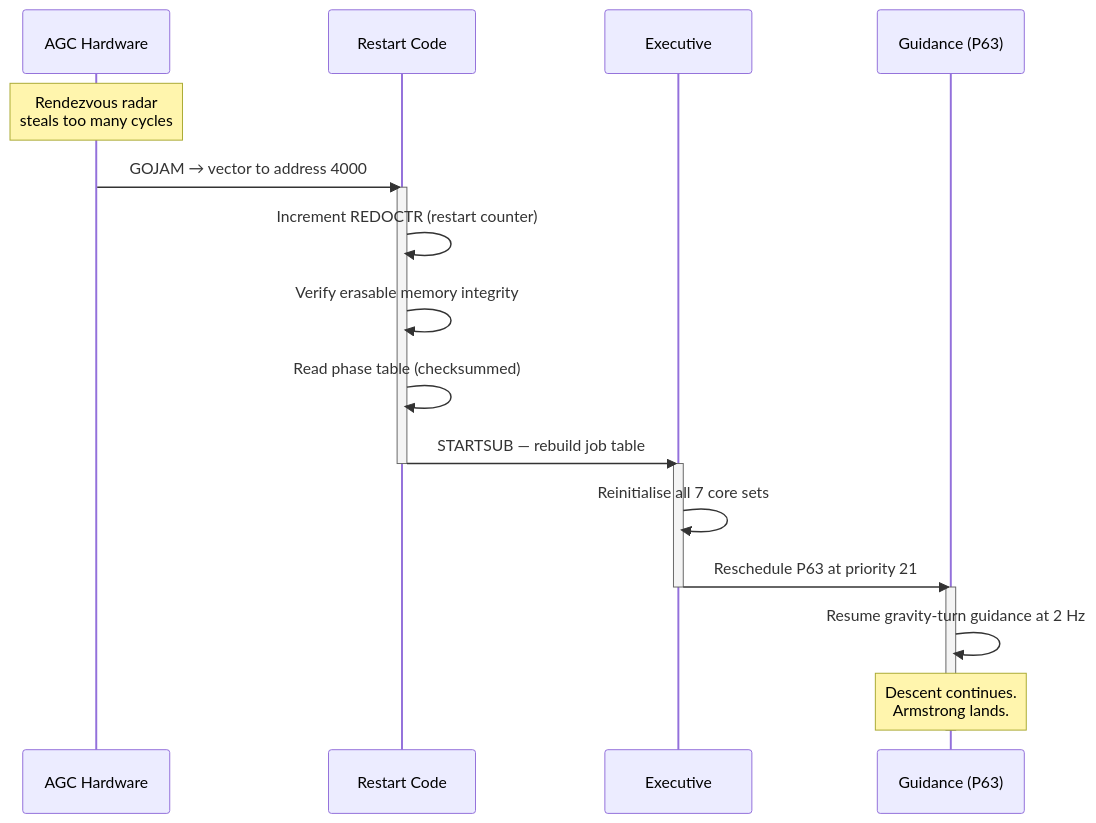
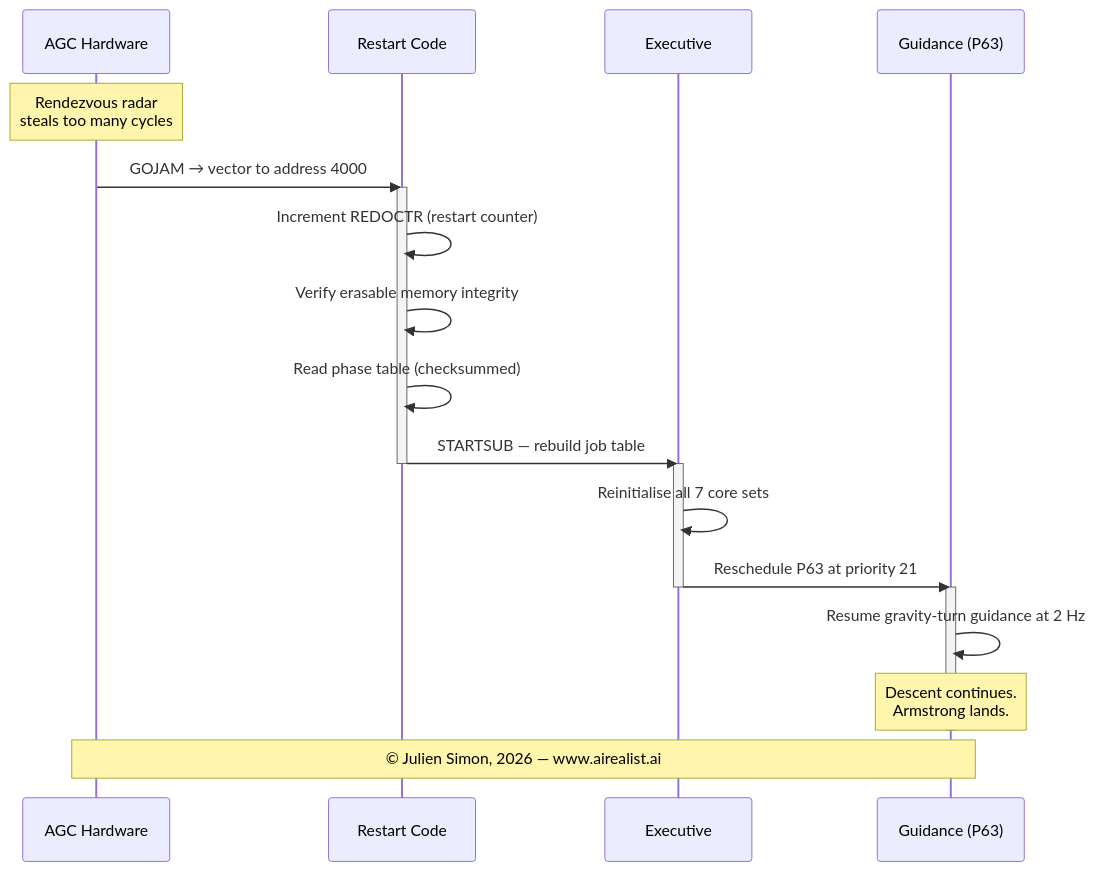
The first of 2 diagrams in blog/blog-post.md (UrsulaCurme/apollo11-ai-walkthrough), drawn with Mermaid before and after one commit. The commit also changed other lines of this file and 1 other file, not shown here.

First line of the commit message:
Embed copyright in all illustrations, replace bar chart with SVG

````diff
--- a/blog/blog-post.md
+++ b/blog/blog-post.md
@@ -73,24 +64,25 @@
 ```mermaid
 sequenceDiagram
     participant HW as AGC Hardware
     participant RS as Restart Code
     participant EX as Executive
     participant GD as Guidance (P63)
 
     Note over HW: Rendezvous radar<br/>steals too many cycles
     HW->>RS: GOJAM → vector to address 4000
     activate RS
     RS->>RS: Increment REDOCTR (restart counter)
     RS->>RS: Verify erasable memory integrity
     RS->>RS: Read phase table (checksummed)
     RS->>EX: STARTSUB — rebuild job table
     deactivate RS
     activate EX
     EX->>EX: Reinitialise all 7 core sets
     EX->>GD: Reschedule P63 at priority 21
     deactivate EX
     activate GD
     GD->>GD: Resume gravity-turn guidance at 2 Hz
     Note over GD: Descent continues.<br/>Armstrong lands.
     deactivate GD
+    Note over HW,GD: © Julien Simon, 2026 — www.airealist.ai
 ```
````
